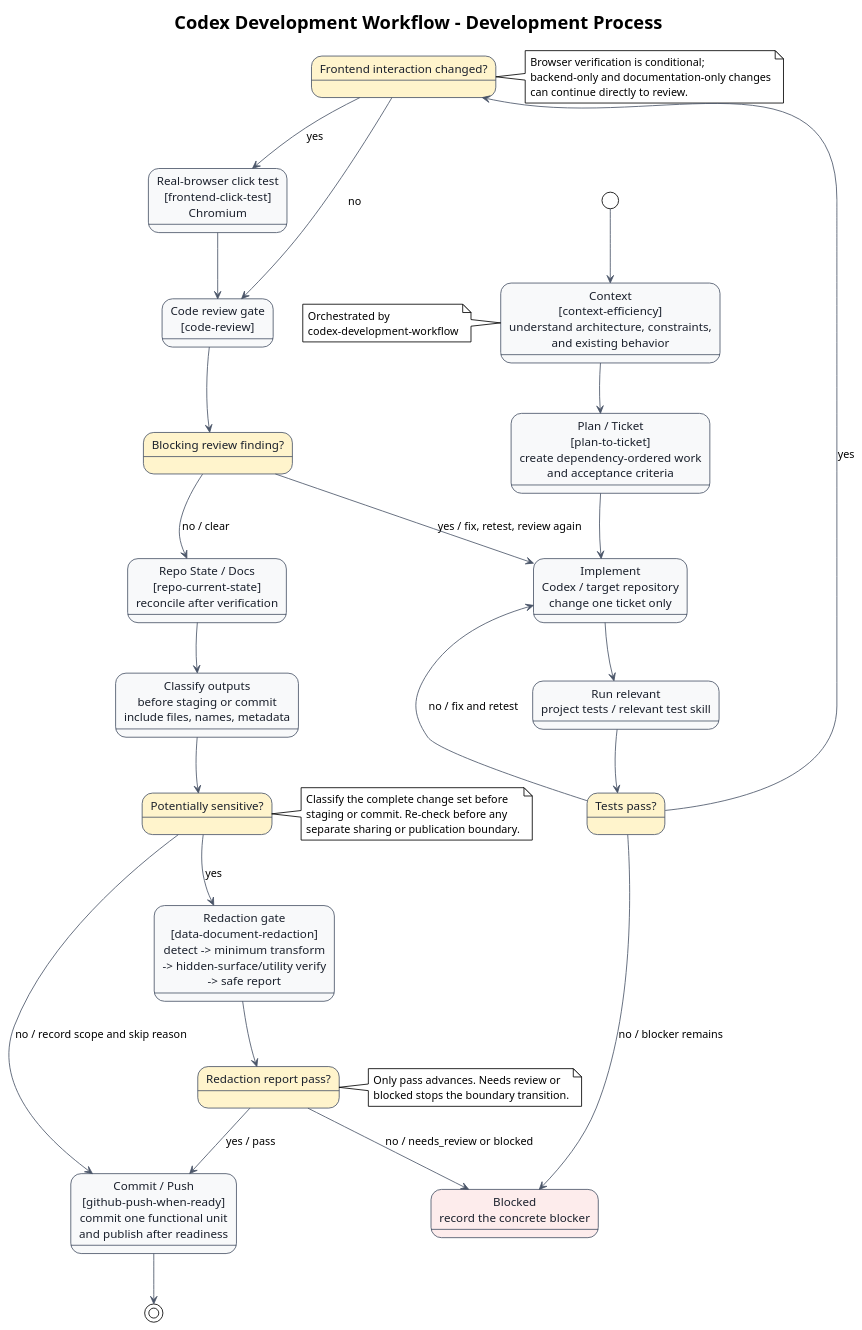
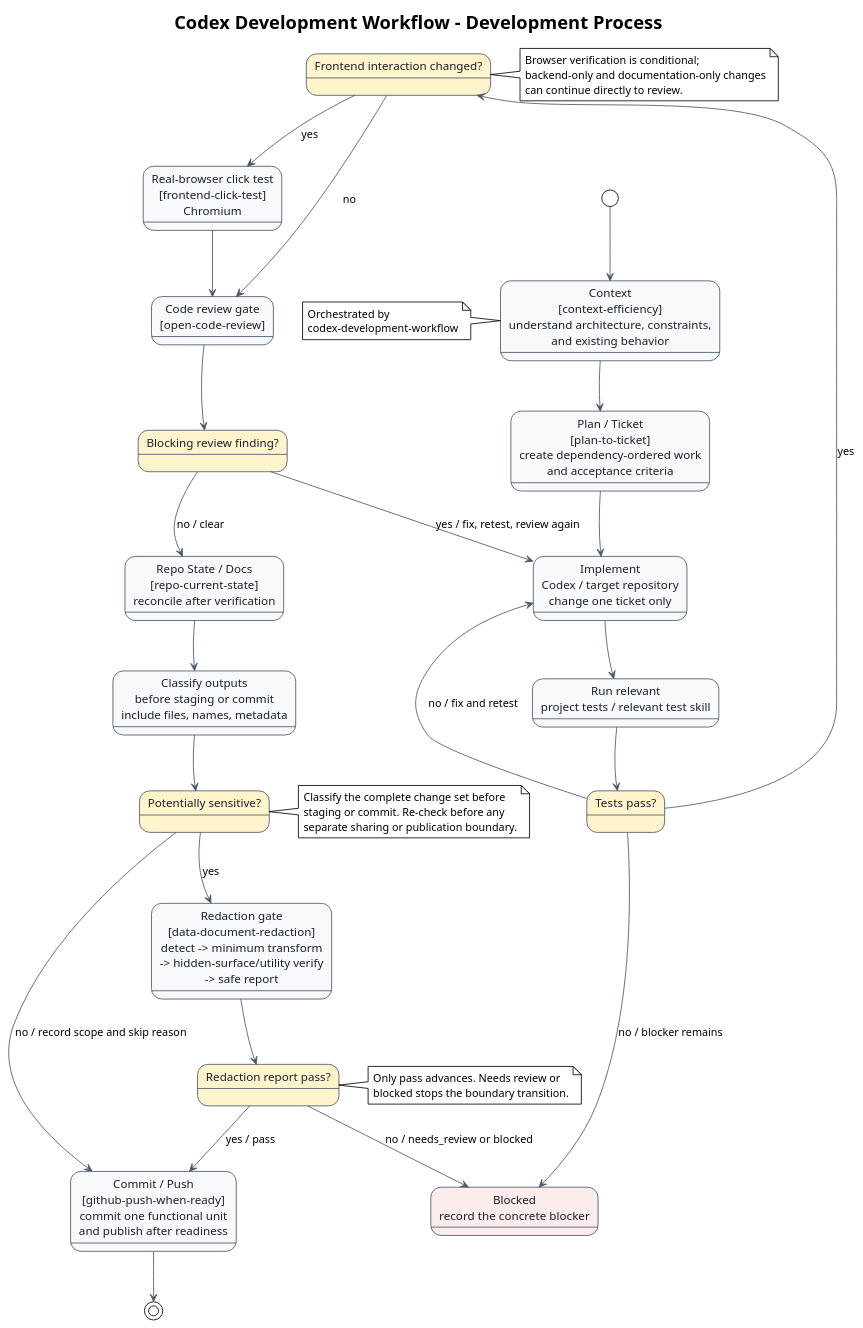
One commit to i-zrhe2016/codex-development-workflow changed the diagram in docs/diagrams/architecture.puml. Above: the diagram before and after it, drawn with PlantUML. The commit also changed 9 other files, not shown here.

Commit message:
feat(review): use Alibaba Open Code Review

```diff
--- a/docs/diagrams/architecture.puml
+++ b/docs/diagrams/architecture.puml
@@ -1,91 +1,91 @@
 @startuml
 !theme plain
 top to bottom direction
 skinparam backgroundColor #FFFFFF
 skinparam defaultFontName Arial
 skinparam ArrowColor #4A5568
 skinparam state {
   BackgroundColor #F8F9FA
   BorderColor #4A5568
   FontColor #1A202C
 }
 
 title Codex Development Workflow - Development Process
 
 state "Context\n[context-efficiency]\nunderstand architecture, constraints,\nand existing behavior" as context
 state "Plan / Ticket\n[plan-to-ticket]\ncreate dependency-ordered work\nand acceptance criteria" as plan
 state "Implement\nCodex / target repository\nchange one ticket only" as implement
 state "Run relevant\nproject tests / relevant test skill" as tests
 state "Tests pass?" as tests_gate #FFF4CC
 state "Frontend interaction changed?" as frontend_gate #FFF4CC
 state "Real-browser click test\n[frontend-click-test]\nChromium" as browser
-state "Code review gate\n[code-review]" as review
+state "Code review gate\n[open-code-review]" as review
 state "Blocking review finding?" as review_gate #FFF4CC
 state "Repo State / Docs\n[repo-current-state]\nreconcile after verification" as repo_state
 state "Classify outputs\nbefore staging or commit\ninclude files, names, metadata" as classify
 state "Potentially sensitive?" as sensitive_gate #FFF4CC
 state "Redaction gate\n[data-document-redaction]\ndetect -> minimum transform\n-> hidden-surface/utility verify\n-> safe report" as redaction
 state "Redaction report pass?" as redaction_gate #FFF4CC
 state "Commit / Push\n[github-push-when-ready]\ncommit one functional unit\nand publish after readiness" as publish
 state "Blocked\nrecord the concrete blocker" as blocked #FDECEC
 
 [*] --> context
 context --> plan
 plan --> implement
 implement --> tests
 tests --> tests_gate
 tests_gate --> frontend_gate : yes
 tests_gate --> implement : no / fix and retest
 tests_gate --> blocked : no / blocker remains
 frontend_gate --> browser : yes
 frontend_gate --> review : no
 browser --> review
 review --> review_gate
 review_gate --> repo_state : no / clear
 review_gate --> implement : yes / fix, retest, review again
 repo_state --> classify
 classify --> sensitive_gate
 sensitive_gate --> redaction : yes
 sensitive_gate --> publish : no / record scope and skip reason
 redaction --> redaction_gate
 redaction_gate --> publish : yes / pass
 redaction_gate --> blocked : no / needs_review or blocked
 publish --> [*]
 
 context -[hidden]down-> plan
 plan -[hidden]down-> implement
 implement -[hidden]down-> tests
 tests -[hidden]down-> tests_gate
 tests_gate -[hidden]down-> frontend_gate
 frontend_gate -[hidden]down-> review
 review -[hidden]down-> review_gate
 review_gate -[hidden]down-> repo_state
 repo_state -[hidden]down-> classify
 classify -[hidden]down-> sensitive_gate
 sensitive_gate -[hidden]down-> redaction
 redaction -[hidden]down-> redaction_gate
 redaction -[hidden]down-> publish
 
 note right of frontend_gate
 Browser verification is conditional;
 backend-only and documentation-only changes
 can continue directly to review.
 end note
 
 note right of sensitive_gate
 Classify the complete change set before
 staging or commit. Re-check before any
 separate sharing or publication boundary.
 end note
 
 note right of redaction_gate
 Only pass advances. Needs review or
 blocked stops the boundary transition.
 end note
 
 note left of context
 Orchestrated by
 codex-development-workflow
 end note
 
 @enduml
```
